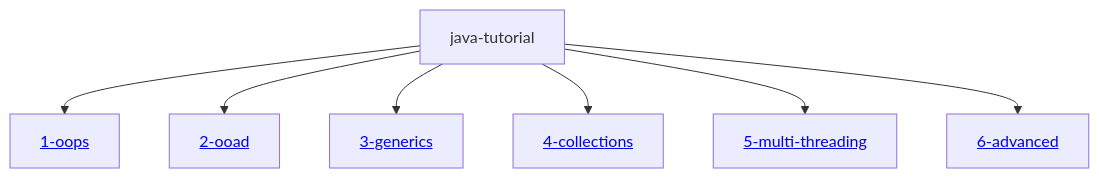
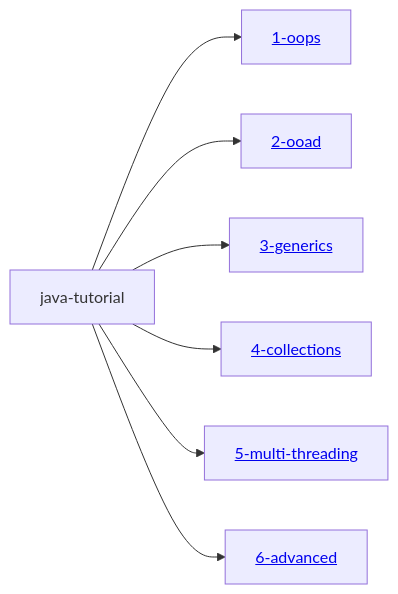
The first of 2 diagrams in Readme.md (Saravana1992-java/java-tutorial), drawn with Mermaid before and after one commit. The commit also changed other lines of this file, not shown here.

Commit message:
links corrected

````diff
--- a/Readme.md
+++ b/Readme.md
@@ -13,11 +13,11 @@
 ```mermaid
 
-flowchart TB
+flowchart LR
     Root["java-tutorial"]
     Root --> OOPS["<a href='./Saravana1992-java/java-tutorial/blob/main/1-oops/ProgrammingParadigm.md/'>1-oops</a>"]
-    Root --> OOAD["<a href='./Saravana1992-java/java-tutorial/blob/main/2-ooad/ooad.md'>2-ooad</a>"]
+    Root --> OOAD["<a href='./Saravana1992-java/java-tutorial/blob/main/2-ooad/OOAD.md'>2-ooad</a>"]
     Root --> Generics["<a href='./Saravana1992-java/java-tutorial/blob/main/3-generics/JavaGenerics.md'>3-generics</a>"]
     Root --> Collections["<a href='./Saravana1992-java/java-tutorial/blob/main/4-collections/JavaCollections.md'>4-collections</a>"]
     Root --> MultiThreading["<a href='./Saravana1992-java/java-tutorial/blob/main/5-multi-threading/ConcurrantProgramming.md'>5-multi-threading</a>"]
-    Root --> Advanced["<a href='./Saravana1992-java/java-tutorial/blob/main/6-advanced/AdvancedJavaProgramming.d'>6-advanced</a>"]
+    Root --> Advanced["<a href='./Saravana1992-java/java-tutorial/blob/main/6-advanced/AdvancedJavaProgramming.md'>6-advanced</a>"]
 ```
````
